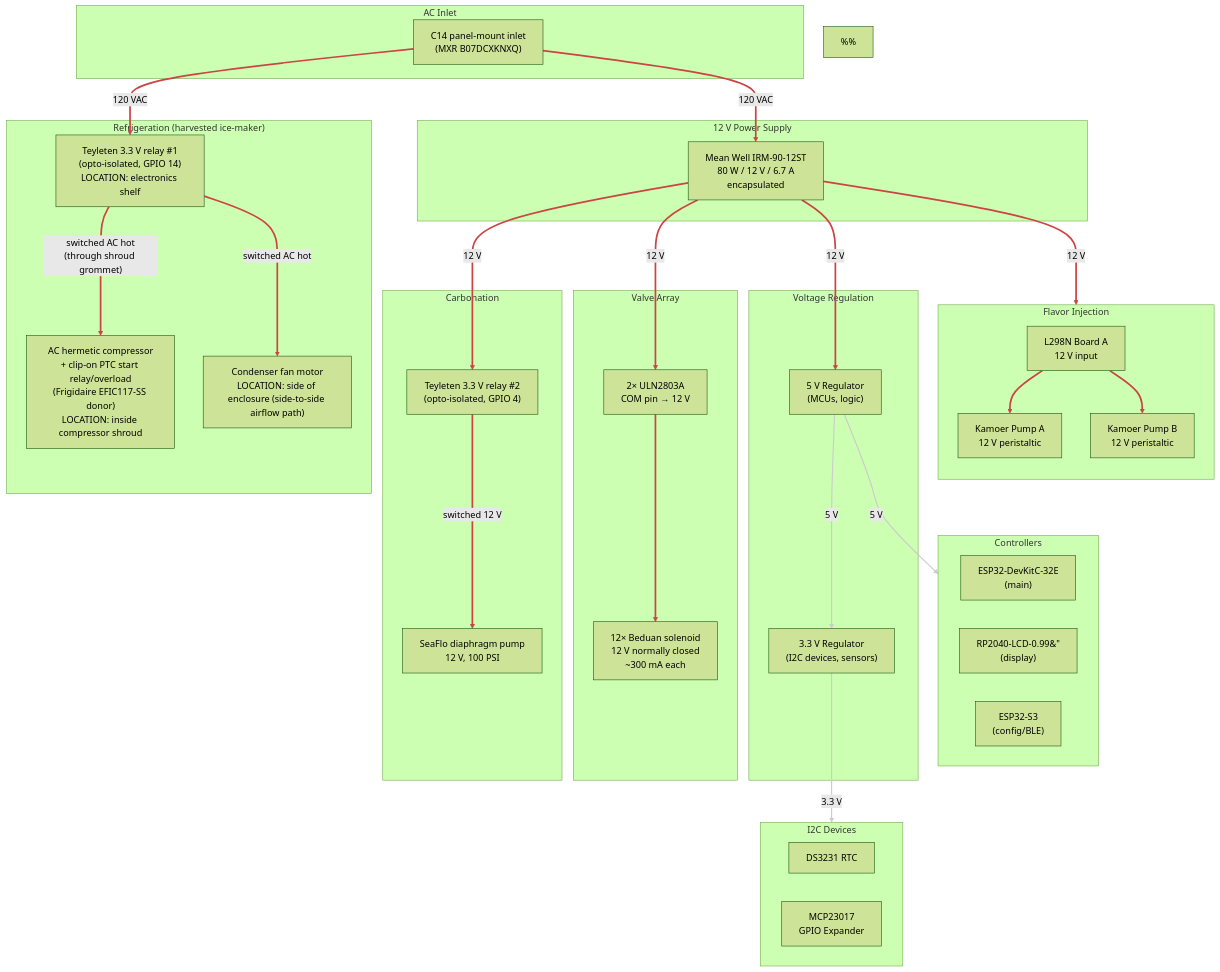
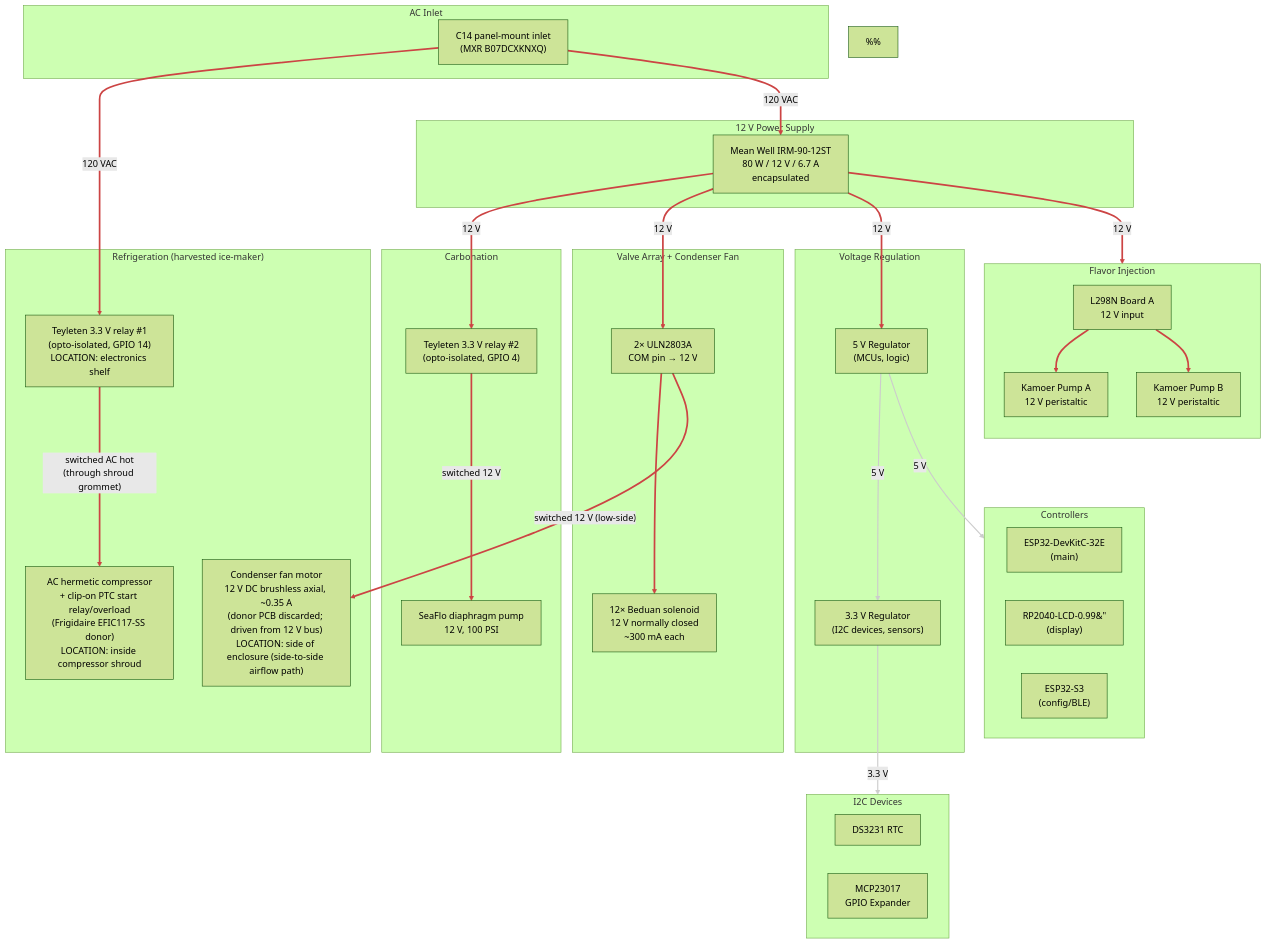
The diagram in hardware/wiring/power.mmd (derekbreden/homesodamachine), drawn with Mermaid (forest theme) before and after one commit. The commit also changed 4 other files, not shown here.

First line of the commit message:
hardware: correct condenser fan from AC to 12 V DC across wiring docs

```diff
--- a/hardware/wiring/power.mmd
+++ b/hardware/wiring/power.mmd
@@ -1,113 +1,125 @@
 flowchart TD
 
   %% Power Distribution (current plan).
   %% 120 VAC mains in via C14 inlet; Mean Well 12 V PSU supplies the
   %% 12 V bus for everything except the compressor itself, which runs
   %% on switched mains via Teyleten relay #1 (ESP32 GPIO 14). The 12 V
   %% diaphragm pump is gated by Teyleten relay #2 (ESP32 GPIO 4) so
   %% firmware can keep refill off during an active dispense.
   %%
   %% Physical placement:
   %% - The C14 inlet, AC distribution, PSU, both Teyleten relays, the
   %%   ESP32, MCP23017, ULN2803A pair, L298N, and voltage regulators
   %%   all sit on a single electronics shelf at the top-back of the
   %%   enclosure, behind the rear-panel C14 inlet.
   %% - The compressor sits middle-bottom inside a fire-rated metal
   %%   shroud (because the appliance is going into kitchens used by
   %%   friends, family, and customers the founder knows by name, and
   %%   safe handling of the R-600a charge is what UL 60335-2-89
   %%   actually requires); its clip-on PTC start relay + overload
   %%   module is co-located with the compressor body inside the shroud.
   %% - Teyleten relay #1 stays on the SHELF, OUTSIDE the shroud.
   %%   Only switched AC enters the shroud (one wire bundle through one
   %%   grommet: switched H + N + chassis G). This avoids placing an
   %%   arcing contact inside the protected hydrocarbon-refrigerant
   %%   compartment.
   %% - The condenser fan motor is on the side of the enclosure
   %%   (the side-to-side intake → condenser → exhaust airflow path)
-  %%   and is OUTSIDE the shroud; it shares the relay #1 switched
-  %%   output via a short tap.
+  %%   and is OUTSIDE the shroud. It is a 12 V DC brushless axial
+  %%   fan: the donor ice maker's own PCB regulated mains to 12 V
+  %%   to drive it (factory wiring was never AC on the fan itself),
+  %%   so on harvest we discard the donor PCB and drive the fan
+  %%   from our own 12 V bus. Low-side switched via one channel of
+  %%   ULN2803A #2 driven from MCP23017 0x21 PA4 — same pattern as
+  %%   the solenoid valves. Firmware turns it on/off in lockstep
+  %%   with the compressor.
   %%
   %% See `ac-wiring-schedule.md` for run-by-run gauges + lengths and
   %% `../cut-parts/compressor-shroud/` for the shroud part.
 
   subgraph AC_Inlet["AC Inlet"]
     C14["C14 panel-mount inlet\n(MXR B07DCXKNXQ)"]
   end
 
   subgraph Supply["12 V Power Supply"]
     PSU["Mean Well IRM-90-12ST\n80 W / 12 V / 6.7 A\nencapsulated"]
   end
 
   subgraph Refrigeration["Refrigeration  (harvested ice-maker)"]
     RELAY["Teyleten 3.3 V relay #1\n(opto-isolated, GPIO 14)\nLOCATION: electronics shelf"]
     COMP_AC["AC hermetic compressor\n+ clip-on PTC start relay/overload\n(Frigidaire EFIC117-SS donor)\nLOCATION: inside compressor shroud"]
-    COND_FAN["Condenser fan motor\nLOCATION: side of enclosure (side-to-side airflow path)"]
+    COND_FAN["Condenser fan motor\n12 V DC brushless axial, ~0.35 A\n(donor PCB discarded; driven from 12 V bus)\nLOCATION: side of enclosure (side-to-side airflow path)"]
     RELAY ==>|"switched AC hot\n(through shroud grommet)"| COMP_AC
-    RELAY ==>|"switched AC hot"| COND_FAN
   end
 
   subgraph Regulation["Voltage Regulation"]
     REG_5V["5 V Regulator\n(MCUs, logic)"]
     REG_3V3["3.3 V Regulator\n(I2C devices, sensors)"]
   end
 
   subgraph Carbonation["Carbonation"]
     DIA_RELAY["Teyleten 3.3 V relay #2\n(opto-isolated, GPIO 4)"]
     DIA_PUMP["SeaFlo diaphragm pump\n12 V, 100 PSI"]
     DIA_RELAY ==>|"switched 12 V"| DIA_PUMP
   end
 
   subgraph Flavor["Flavor Injection"]
     direction TB
     L298["L298N Board A\n12 V input"]
     PUMP_A["Kamoer Pump A\n12 V peristaltic"]
     PUMP_B["Kamoer Pump B\n12 V peristaltic"]
     L298 ==> PUMP_A
     L298 ==> PUMP_B
   end
 
-  subgraph Valve_Power["Valve Array"]
+  subgraph Valve_Power["Valve Array + Condenser Fan"]
     ULN["2× ULN2803A\nCOM pin → 12 V"]
     VALVES["12× Beduan solenoid\n12 V normally closed\n~300 mA each"]
     ULN ==> VALVES
   end
+
+  %% Condenser fan rides the same low-side switching pattern as the
+  %% solenoid valves: one ULN2803A #2 channel (driven from MCP23017
+  %% 0x21 PA4) sinks the fan's return when commanded. Crossing the
+  %% subgraph boundary is intentional — the fan is semantically part
+  %% of Refrigeration, but its switching topology is the valve pattern.
+  ULN ==>|"switched 12 V (low-side)"| COND_FAN
 
   subgraph MCUs["Controllers"]
     ESP32["ESP32-DevKitC-32E\n(main)"]
     RP2040["RP2040-LCD-0.99&#34;\n(display)"]
     S3["ESP32-S3\n(config/BLE)"]
   end
 
   subgraph I2C_Devices["I2C Devices"]
     RTC["DS3231 RTC"]
     MCP["MCP23017\nGPIO Expander"]
   end
 
   %% AC distribution (hot leg)
   C14 ==>|"120 VAC"| RELAY
   C14 ==>|"120 VAC"| PSU
 
   %% 12 V distribution
   PSU ==>|"12 V"| DIA_RELAY
   PSU ==>|"12 V"| L298
   PSU ==>|"12 V"| ULN
   PSU ==>|"12 V"| REG_5V
 
   %% Regulated logic-level
   REG_5V -->|"5 V"| REG_3V3
   REG_5V -->|"5 V"| MCUs
   REG_3V3 -->|"3.3 V"| I2C_Devices
 
   %% Power paths (red, thick).
   %% 0    = relay #1 -> compressor (switched AC, through shroud)
-  %% 1    = relay #1 -> condenser fan (switched AC)
-  %% 2    = Teyleten relay #2 -> diaphragm pump (switched 12 V)
-  %% 3-4  = L298 -> peristaltic pumps
-  %% 5    = ULN2803A -> solenoid valves
+  %% 1    = Teyleten relay #2 -> diaphragm pump (switched 12 V)
+  %% 2-3  = L298 -> peristaltic pumps
+  %% 4    = ULN2803A -> solenoid valves
+  %% 5    = ULN2803A -> condenser fan (switched 12 V, low-side)
   %% 6-7  = C14 -> relay #1, C14 -> PSU (AC mains)
   %% 8-11 = PSU 12 V trunk to all subsystems
   linkStyle 0,1,2,3,4,5,6,7,8,9,10,11 stroke:#c44,stroke-width:3px
   %% Regulated logic-level supplies (5V, 3.3V): white workhorse.
   %% 12-14 = REG_5V -> REG_3V3, REG_5V -> MCUs, REG_3V3 -> I2C devices.
   linkStyle 12,13,14 stroke:#ccc,stroke-width:2px
```
